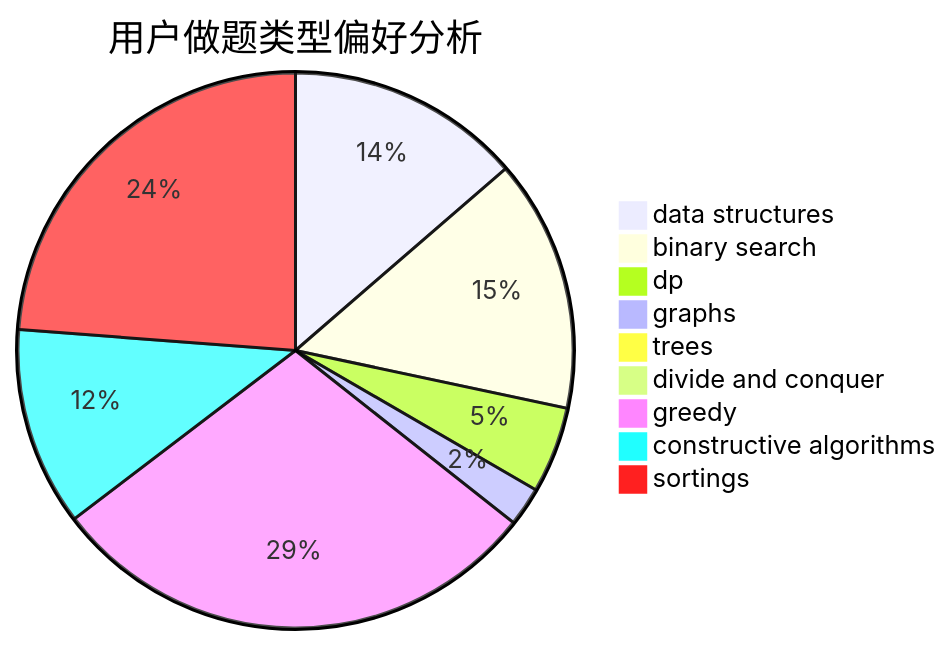
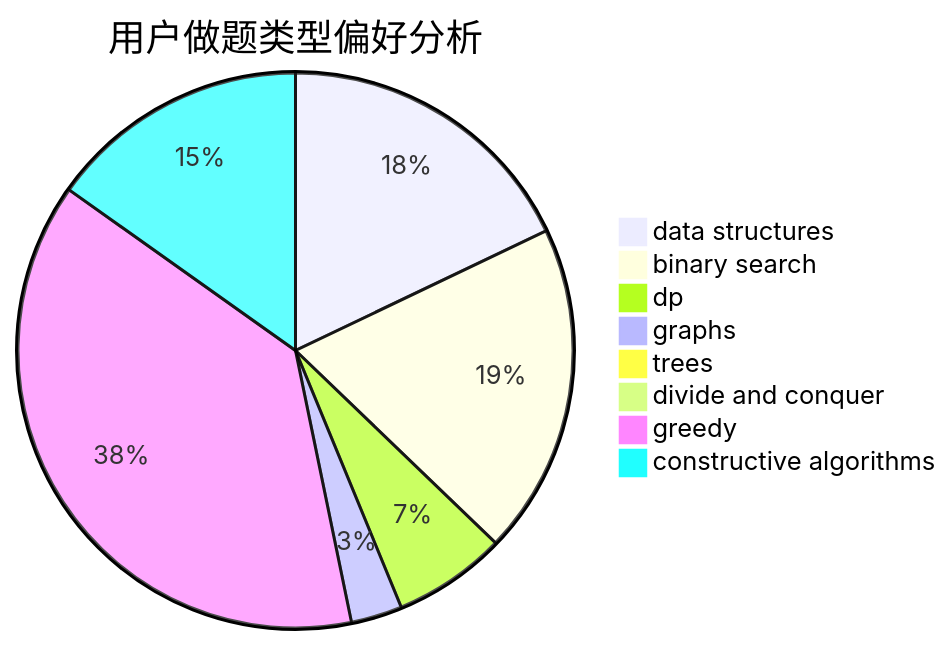
Before and after one commit to sherpahu/cfrs.github.io: the second of 3 diagrams in docs/user/u32.md, drawn with Mermaid. The commit also changed other lines of this file and 2769 other files, not shown here.

````diff
--- a/docs/user/u32.md
+++ b/docs/user/u32.md
@@ -18,12 +18,11 @@
 ```mermaid
 pie title 用户做题类型偏好分析
     "data structures" :  144
     "binary search" :  155
     "dp" :  53
     "graphs" :  24
     "trees" :  4
     "divide and conquer" :  0
     "greedy" :  306
     "constructive algorithms" :  122
-    "sortings" :  251
 ```
````
